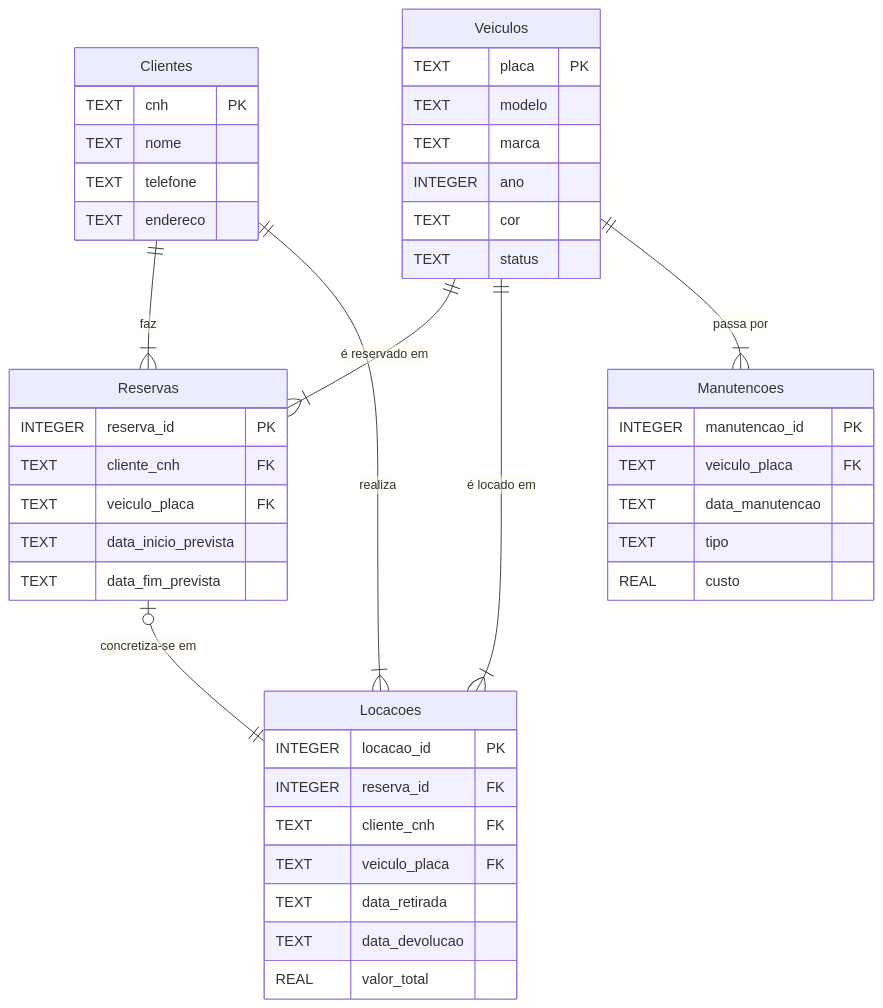
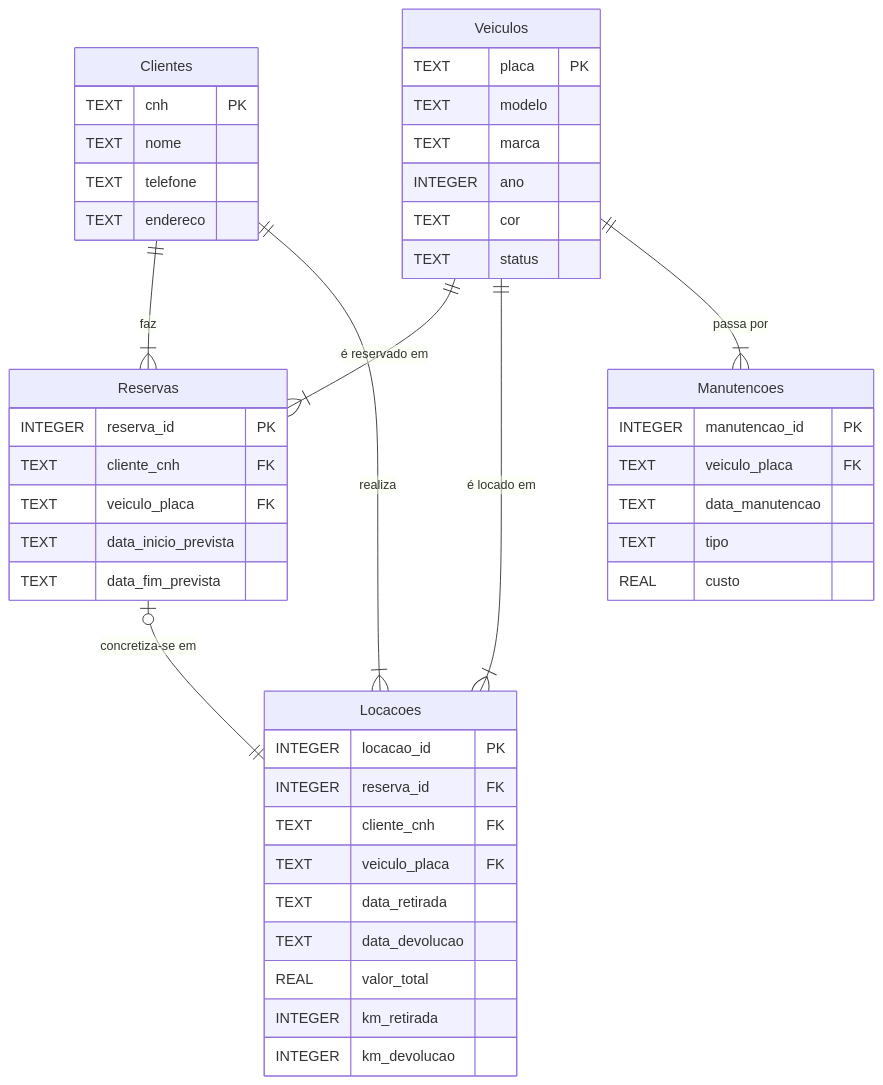
Before and after one commit to Gabriel-Freitas-S/db-modeling-c2: the diagram in diagramas/mer_7_locadora.md, drawn with Mermaid. The commit also changed other lines of this file and 3 other files, not shown here.

Commit message:
Atualiza diagramas MER para o sistema hospitalar, locadora de veículos e universidade, adicionando novos atributos e relacionamentos. Melhora a descrição dos relacionamentos no contexto de dados.

````diff
--- a/diagramas/mer_7_locadora.md
+++ b/diagramas/mer_7_locadora.md
@@ -3,47 +3,49 @@
 ```mermaid
 erDiagram
     Clientes {
         TEXT cnh PK
         TEXT nome
         TEXT telefone
         TEXT endereco
     }
     Veiculos {
         TEXT placa PK
         TEXT modelo
         TEXT marca
         INTEGER ano
         TEXT cor
         TEXT status
     }
     Reservas {
         INTEGER reserva_id PK
         TEXT cliente_cnh FK
         TEXT veiculo_placa FK
         TEXT data_inicio_prevista
         TEXT data_fim_prevista
     }
     Locacoes {
         INTEGER locacao_id PK
         INTEGER reserva_id FK
         TEXT cliente_cnh FK
         TEXT veiculo_placa FK
         TEXT data_retirada
         TEXT data_devolucao
         REAL valor_total
+        INTEGER km_retirada
+        INTEGER km_devolucao
     }
     Manutencoes {
         INTEGER manutencao_id PK
         TEXT veiculo_placa FK
         TEXT data_manutencao
         TEXT tipo
         REAL custo
     }
 
     Clientes ||--|{ Reservas : "faz"
     Veiculos ||--|{ Reservas : "é reservado em"
     Clientes ||--|{ Locacoes : "realiza"
     Veiculos ||--|{ Locacoes : "é locado em"
     Reservas |o--|| Locacoes : "concretiza-se em"
     Veiculos ||--|{ Manutencoes : "passa por"
 ```
````
